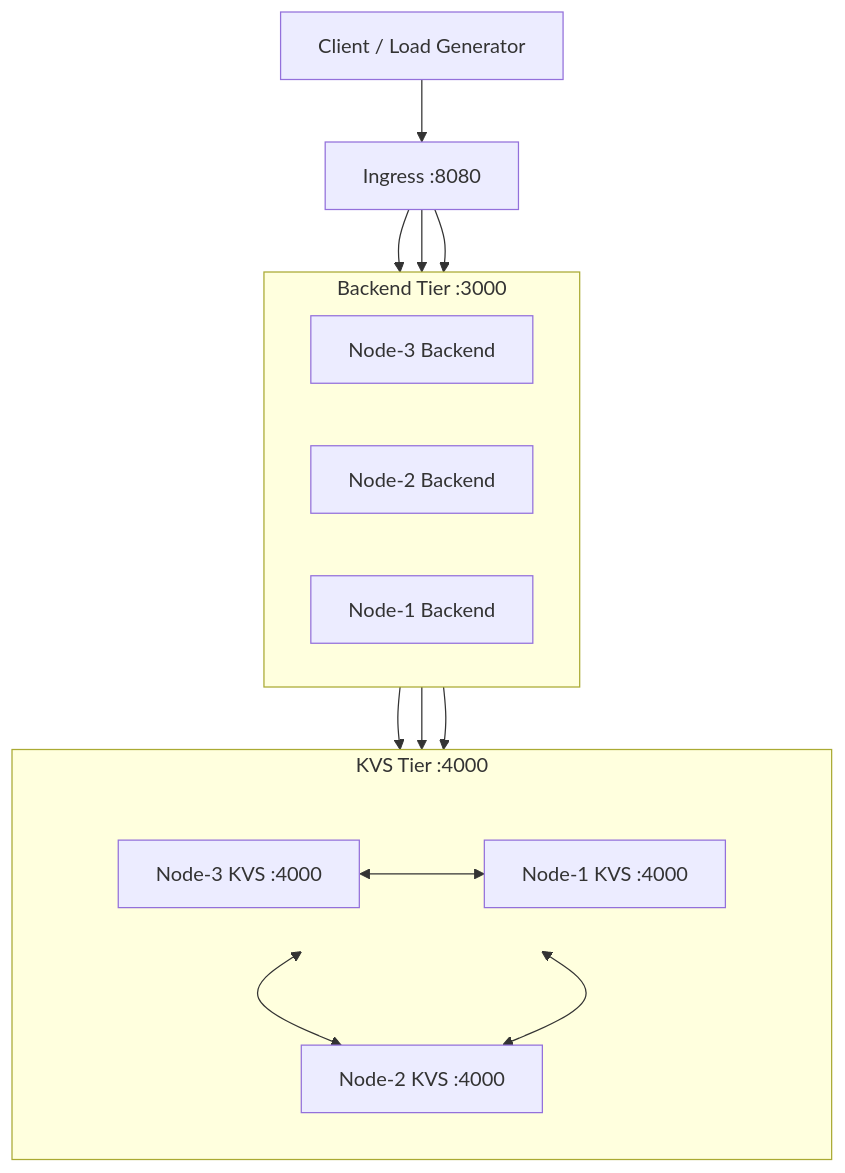
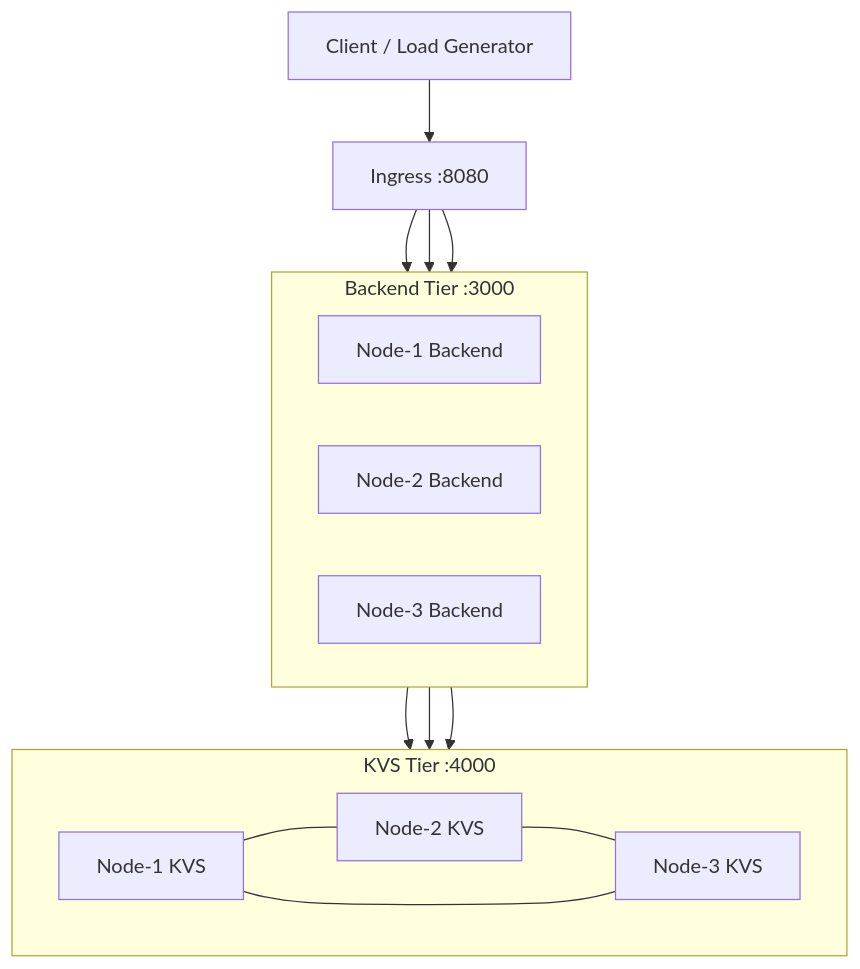
One commit to Boo-seon-woong/2025-winter-clustering-project changed the diagram in readme.md. Above: the diagram before and after it, drawn with Mermaid. The commit also changed 1 other file, not shown here.

Commit message:
diagram changed

````diff
--- a/readme.md
+++ b/readme.md
@@ -26,33 +26,30 @@
 ```mermaid
 flowchart TB
-  C[Client / Load Generator] --> I[Ingress :8080]
+    C[Client / Load Generator] --> I[Ingress :8080]
 
-  subgraph BT[Backend Tier :3000]
-    direction LR
-    B3[Node-3 Backend]
-    B2[Node-2 Backend]
-    B1[Node-1 Backend]
-  end
+    subgraph Backend Tier :3000
+        direction LR
+        B1[Node-1 Backend]
+        B2[Node-2 Backend]
+        B3[Node-3 Backend]
+    end
 
-  subgraph KT[KVS Tier :4000]
-    direction TB
-    subgraph KTOP[ ]
-      direction LR
-      K3[Node-3 KVS :4000]
-      K1[Node-1 KVS :4000]
+    subgraph KVS Tier :4000
+        direction LR
+        K1[Node-1 KVS]
+        K2[Node-2 KVS]
+        K3[Node-3 KVS]
     end
-    K2[Node-2 KVS :4000]
-  end
 
-  I --> B3
-  I --> B2
-  I --> B1
-  B3 --> K3
-  B2 --> K2
-  B1 --> K1
-  K3 <--> K1
-  K1 <--> K2
-  K2 <--> K3
+    I --> B1
+    I --> B2
+    I --> B3
 
-  style KTOP fill:transparent,stroke:transparent
+    B1 --> K1
+    B2 --> K2
+    B3 --> K3
+
+    K1 --- K2
+    K2 --- K3
+    K3 --- K1
 ```
````
